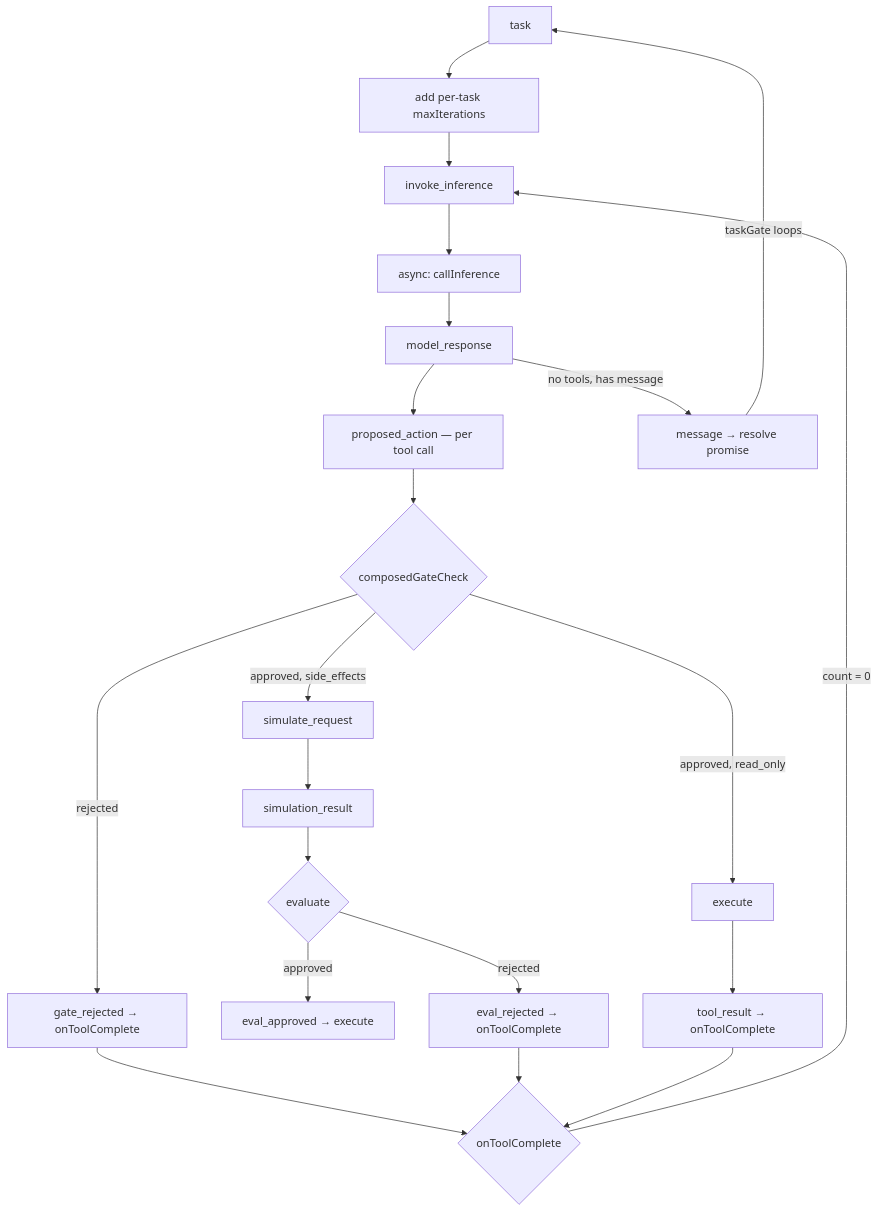
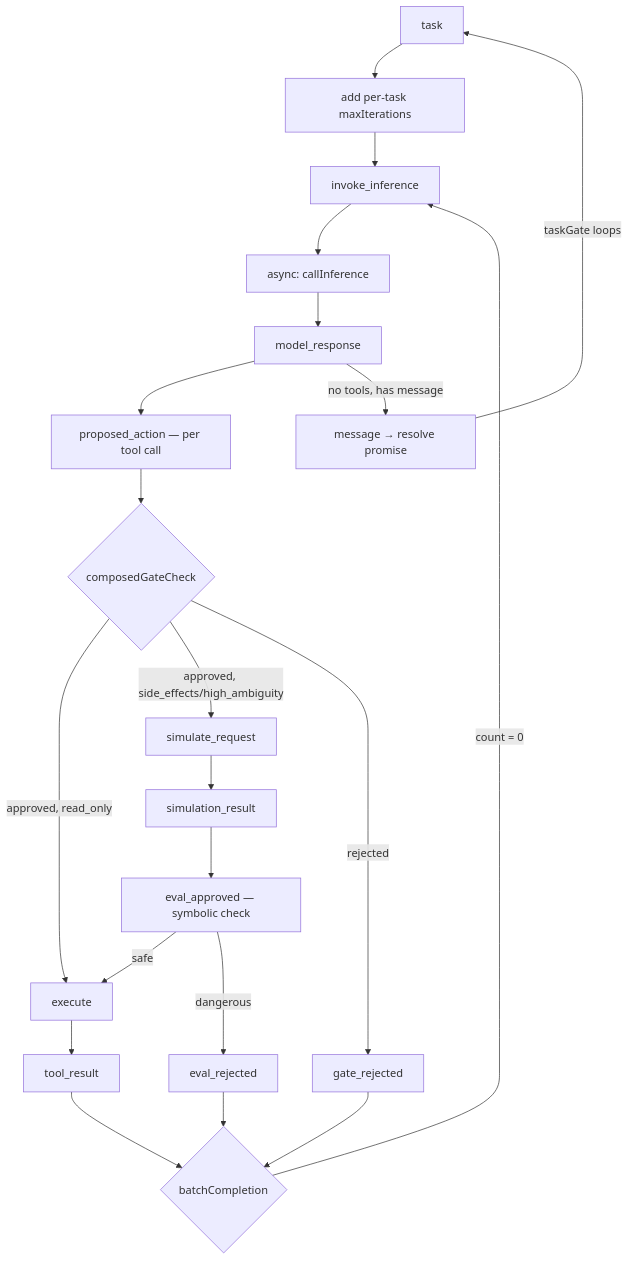
The diagram in .claude/skills/agent-build/SKILL.md (plaited/plaited), drawn with Mermaid before and after one commit. The commit also changed other lines of this file and 9 other files, not shown here.

First line of the commit message:
refactor(agent): waves 7-8 — BP-first architecture, per-call dynamic threads

````diff
--- a/.claude/skills/agent-build/SKILL.md
+++ b/.claude/skills/agent-build/SKILL.md
@@ -31,23 +31,23 @@
 ```mermaid
 graph TD
     TASK[task] --> DYN[add per-task maxIterations]
     DYN --> INV[invoke_inference]
     INV --> INF[async: callInference]
     INF --> MR[model_response]
     MR --> PA[proposed_action — per tool call]
     PA --> GATE{composedGateCheck}
     GATE -->|approved, read_only| EXEC[execute]
-    GATE -->|approved, side_effects| SIM[simulate_request]
-    GATE -->|rejected| GR[gate_rejected → onToolComplete]
+    GATE -->|approved, side_effects/high_ambiguity| SIM[simulate_request]
+    GATE -->|rejected| GR[gate_rejected]
     SIM --> SR[simulation_result]
-    SR --> EVAL{evaluate}
-    EVAL -->|approved| EA[eval_approved → execute]
-    EVAL -->|rejected| ER[eval_rejected → onToolComplete]
-    EXEC --> TR[tool_result → onToolComplete]
-    GR --> OTC{onToolComplete}
-    ER --> OTC
-    TR --> OTC
-    OTC -->|count = 0| INV
+    SR --> EA_CHECK[eval_approved — symbolic check]
+    EA_CHECK -->|safe| EXEC[execute]
+    EA_CHECK -->|dangerous| ER[eval_rejected]
+    EXEC --> TR[tool_result]
+    GR --> BC{batchCompletion}
+    ER --> BC
+    TR --> BC
+    BC -->|count = 0| INV
     MR -->|no tools, has message| MSG[message → resolve promise]
     MSG -->|taskGate loops| TASK
 ```
````
